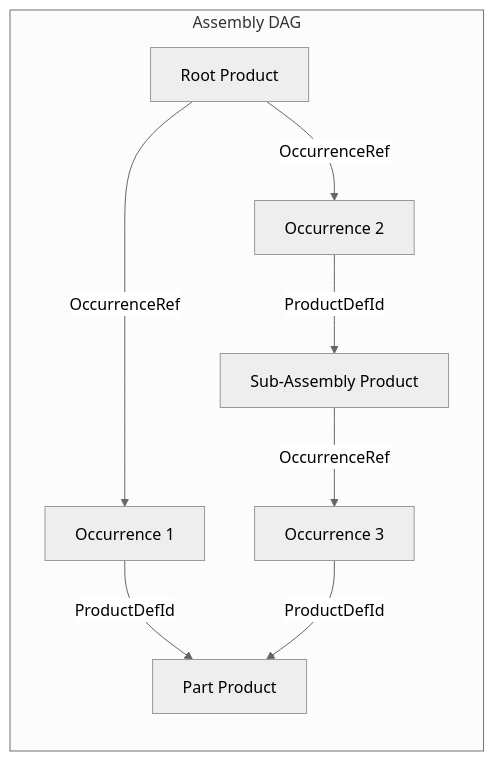
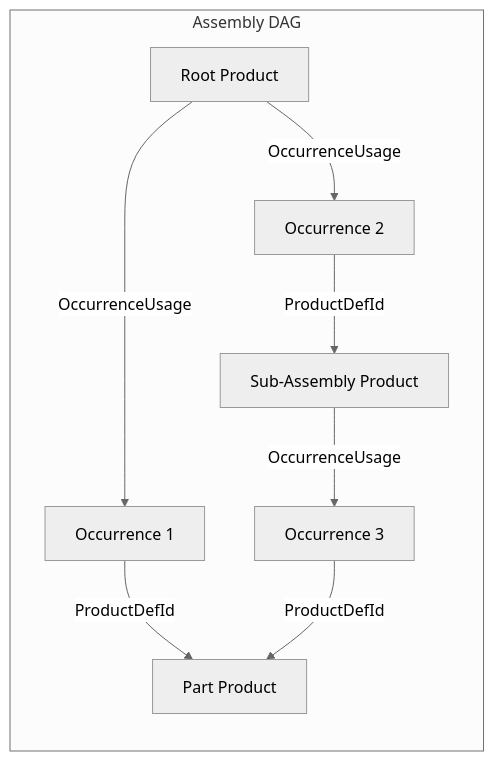
One commit to Open-Cascade-SAS/OCCT changed the fourth of 4 diagrams in src/ModelingData/TKBRep/BRepGraph/README.md. Above: the diagram before and after it, drawn with Mermaid (neutral theme). The commit also changed other lines of this file and 64 other files, not shown here.

````diff
--- a/src/ModelingData/TKBRep/BRepGraph/README.md
+++ b/src/ModelingData/TKBRep/BRepGraph/README.md
@@ -164,18 +164,18 @@
 ```mermaid
 flowchart LR
   subgraph Assembly DAG
     RP[Root Product]
     P1[Part Product]
     P2[Sub-Assembly Product]
     O1[Occurrence 1]
     O2[Occurrence 2]
     O3[Occurrence 3]
   end
 
-  RP -->|OccurrenceRef| O1
-  RP -->|OccurrenceRef| O2
+  RP -->|OccurrenceUsage| O1
+  RP -->|OccurrenceUsage| O2
   O1 -->|ProductDefId| P1
   O2 -->|ProductDefId| P2
-  P2 -->|OccurrenceRef| O3
+  P2 -->|OccurrenceUsage| O3
   O3 -->|ProductDefId| P1
 ```
````
